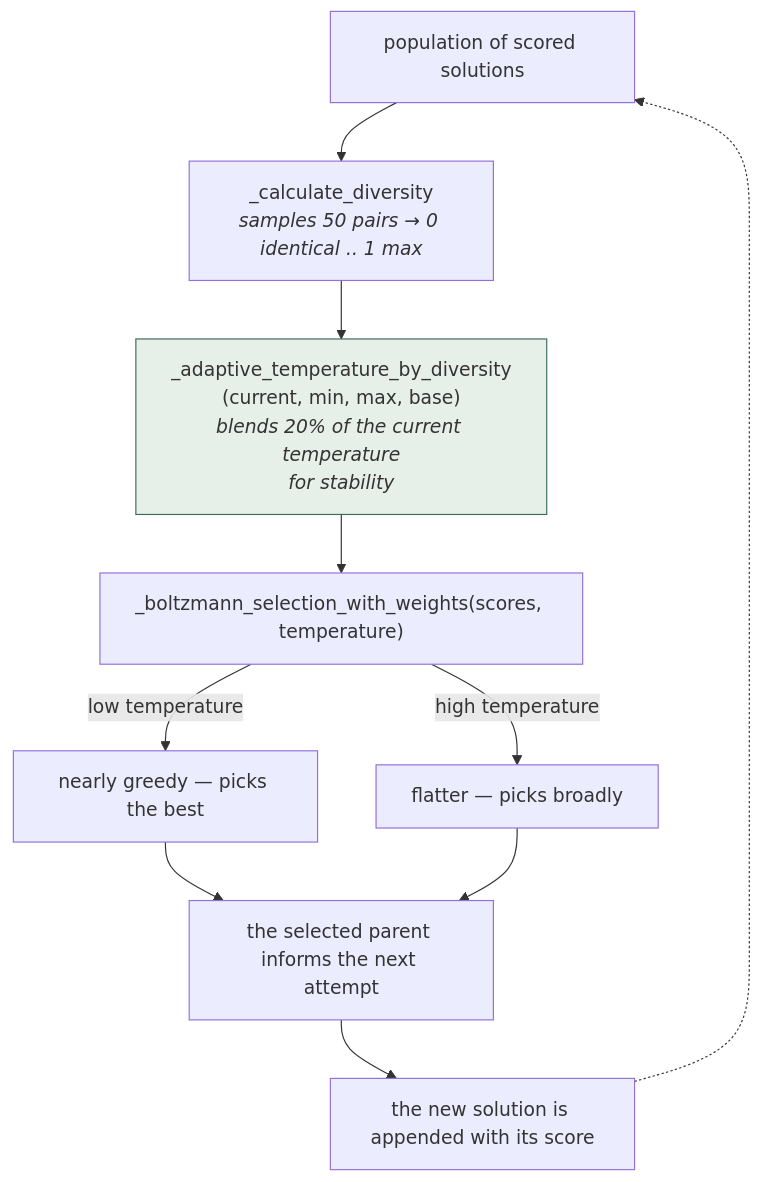
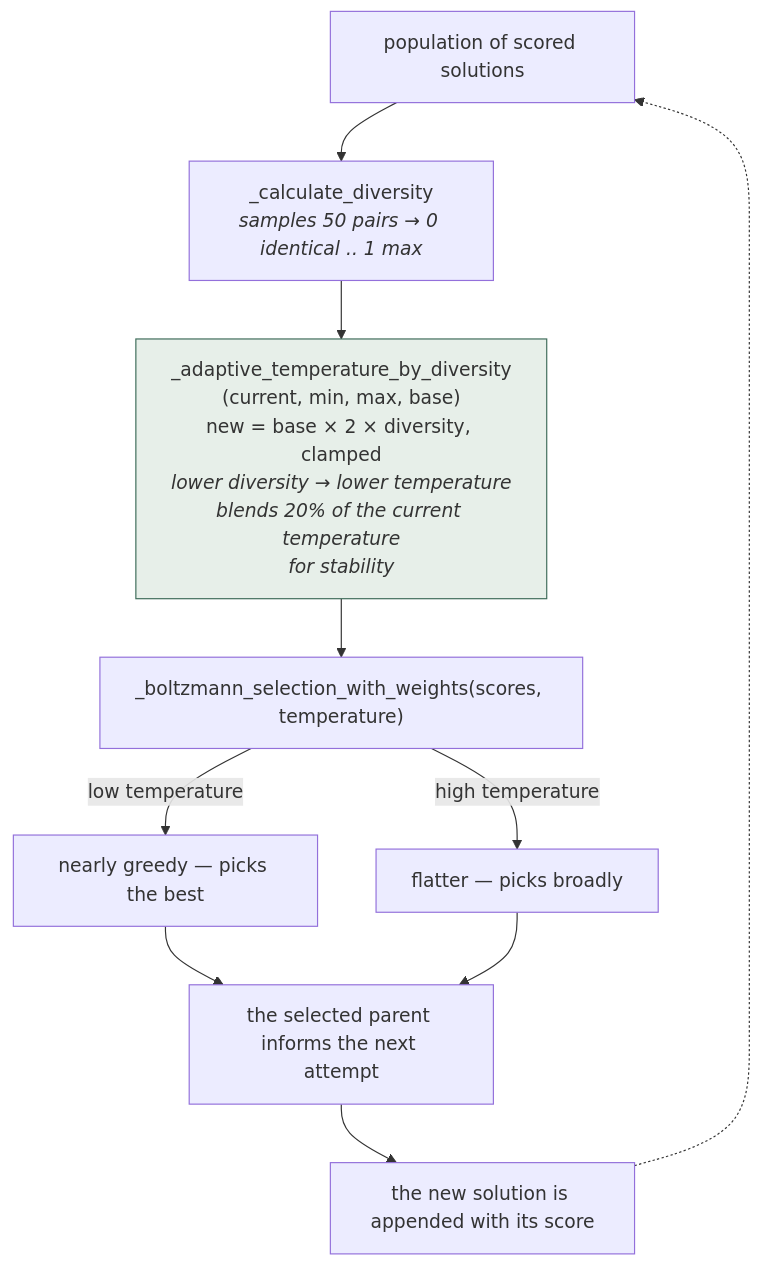
One commit to neoneye/agent-memory-atlas changed the first of 2 diagrams in content/systems/loongflow.md. Above: the diagram before and after it, drawn with Mermaid. The commit also changed other lines of this file and 99 other files, not shown here.

````diff
--- a/content/systems/loongflow.md
+++ b/content/systems/loongflow.md
@@ -95,15 +106,15 @@
 ```mermaid
 %% caption: measured diversity sets the selection temperature, blending in a fifth of the current value for stability, so the population's own spread decides how greedy the next pick is
 flowchart TB
     P["population of scored solutions"] --> D["_calculate_diversity<br/><i>samples 50 pairs → 0 identical .. 1 max</i>"]
-    D --> T["_adaptive_temperature_by_diversity<br/>(current, min, max, base)<br/><i>blends 20% of the current temperature<br/>for stability</i>"]
+    D --> T["_adaptive_temperature_by_diversity<br/>(current, min, max, base)<br/>new = base × 2 × diversity, clamped<br/><i>lower diversity → lower temperature</i><br/><i>blends 20% of the current temperature<br/>for stability</i>"]
     T --> B["_boltzmann_selection_with_weights(scores, temperature)"]
     B -->|"low temperature"| G["nearly greedy — picks the best"]
     B -->|"high temperature"| F["flatter — picks broadly"]
     G --> NX["the selected parent informs the next attempt"]
     F --> NX
     NX --> AP["the new solution is appended with its score"]
     AP -.-> P
 
     style T fill:#e7efe9,stroke:#3d6b59
 ```
````
